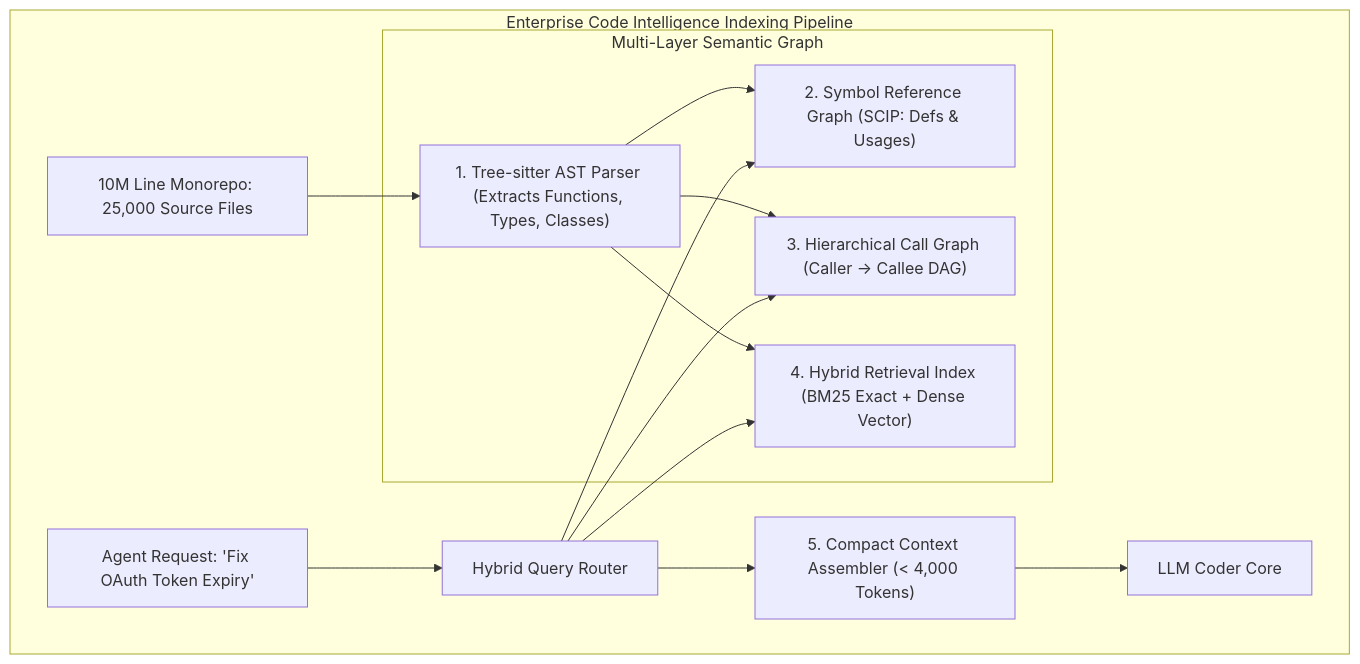
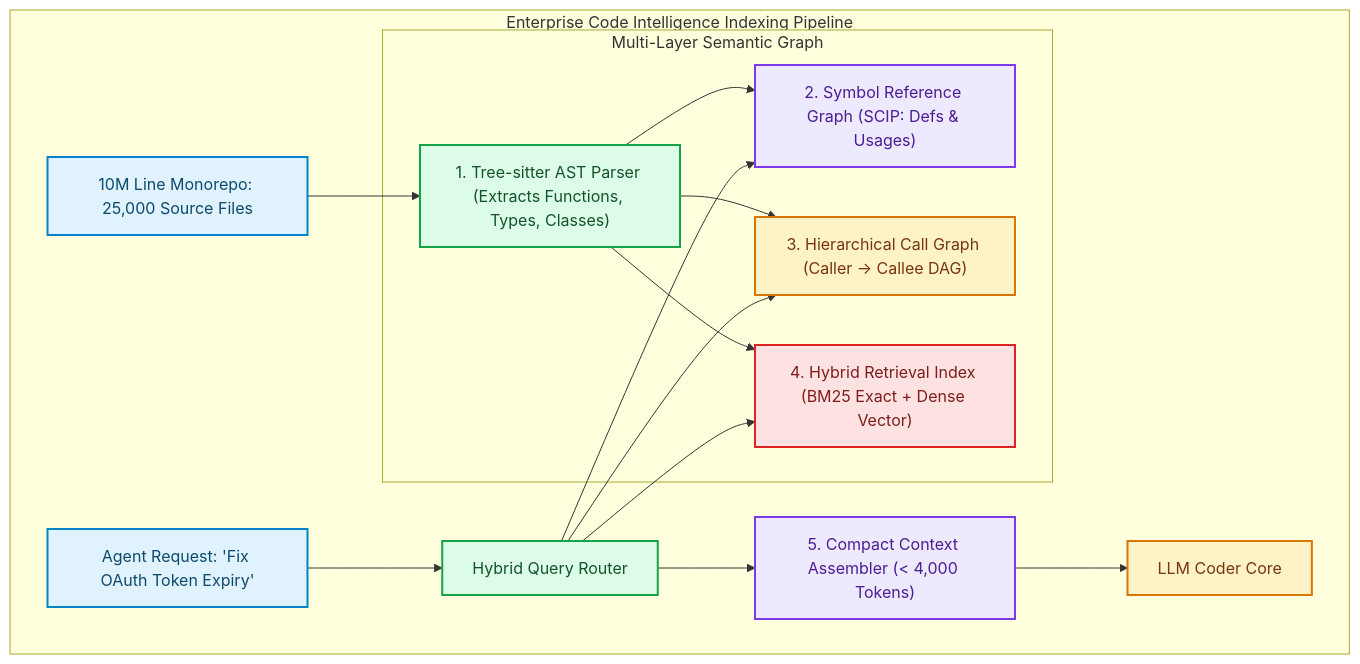
Before and after one commit to akmalkhaniub/akmalkhaniub.github.io: the first of 2 diagrams in blog/posts/indexing-10m-line-codebases-ai-agents-tree-sitter-ast-call-graphs.md, drawn with Mermaid. The commit also changed other lines of this file and 1291 other files, not shown here.

First line of the commit message:
feat(catalog): unique covers, scholarly references, and diagram palettes

````diff
--- a/blog/posts/indexing-10m-line-codebases-ai-agents-tree-sitter-ast-call-graphs.md
+++ b/blog/posts/indexing-10m-line-codebases-ai-agents-tree-sitter-ast-call-graphs.md
@@ -13,18 +13,29 @@
 ```mermaid
 flowchart TD
   subgraph SG1_EnterpriseCodeIntelligence ["Enterprise Code Intelligence Indexing Pipeline"]
-    Repo[10M Line Monorepo: 25,000 Source Files] --> TreeSitter["1. Tree-sitter AST Parser (Extracts Functions, Types, Classes)"]
+    Repo["10M Line Monorepo: 25,000 Source Files"] --> TreeSitter["1. Tree-sitter AST Parser (Extracts Functions, Types, Classes)"]
     
     subgraph SG2_MultiLayerSemantic ["Multi-Layer Semantic Graph"]
       TreeSitter --> SymbolGraph["2. Symbol Reference Graph (SCIP: Defs & Usages)"]
       TreeSitter --> CallGraph["3. Hierarchical Call Graph (Caller -> Callee DAG)"]
       TreeSitter --> HybridSearch["4. Hybrid Retrieval Index (BM25 Exact + Dense Vector)"]
     end
     
-    AgentQuery["Agent Request: 'Fix OAuth Token Expiry'"] --> SearchRouter[Hybrid Query Router]
+    AgentQuery["Agent Request: 'Fix OAuth Token Expiry'"] --> SearchRouter["Hybrid Query Router"]
     SearchRouter --> SymbolGraph & CallGraph & HybridSearch
     
     SearchRouter --> ContextAssembler["5. Compact Context Assembler (< 4,000 Tokens)"]
-    ContextAssembler --> LLMCoder[LLM Coder Core]
+    ContextAssembler --> LLMCoder["LLM Coder Core"]
   end
+
+classDef green fill:#dcfce7,stroke:#16a34a,stroke-width:2px,color:#14532d;
+classDef red fill:#fee2e2,stroke:#dc2626,stroke-width:2px,color:#7f1d1d;
+classDef blue fill:#e0f2fe,stroke:#0284c7,stroke-width:2px,color:#0c4a6e;
+classDef yellow fill:#fef3c7,stroke:#d97706,stroke-width:2px,color:#78350f;
+classDef purple fill:#ede9fe,stroke:#7c3aed,stroke-width:2px,color:#4c1d95;
+class Repo,AgentQuery blue
+class TreeSitter,SearchRouter green
+class SymbolGraph,ContextAssembler purple
+class CallGraph,LLMCoder yellow
+class HybridSearch red
 ```
````
